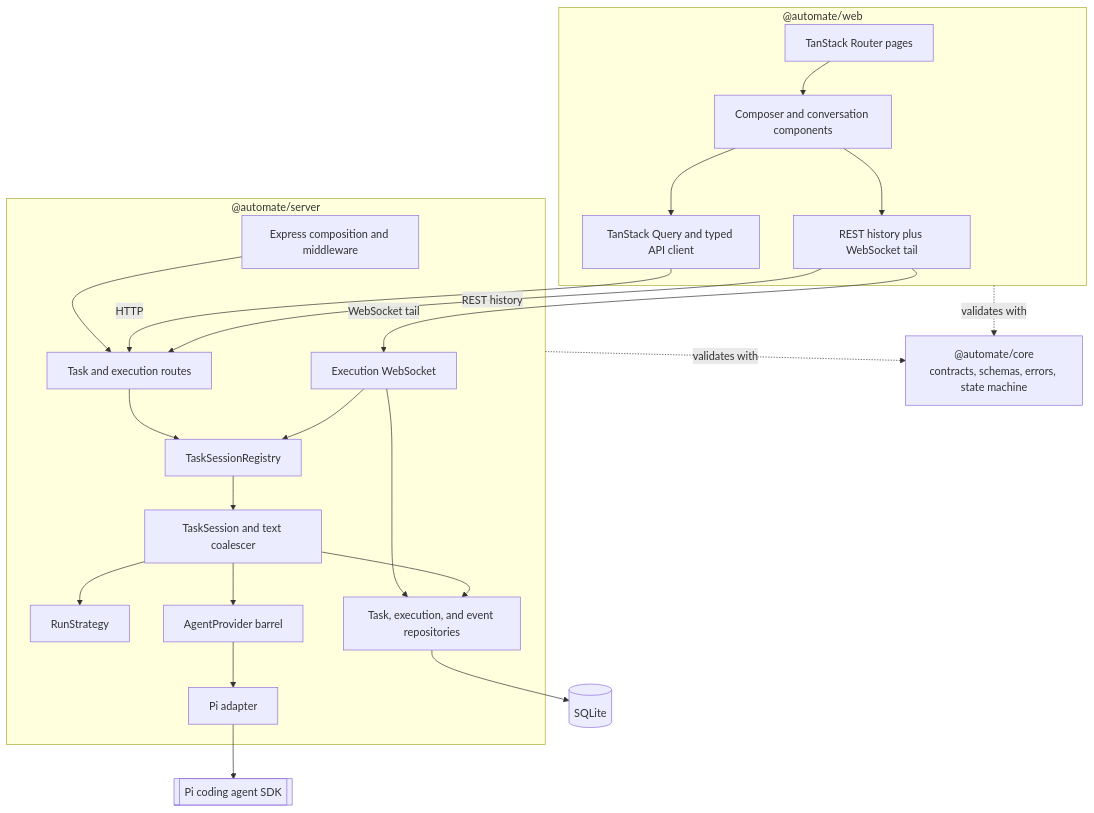
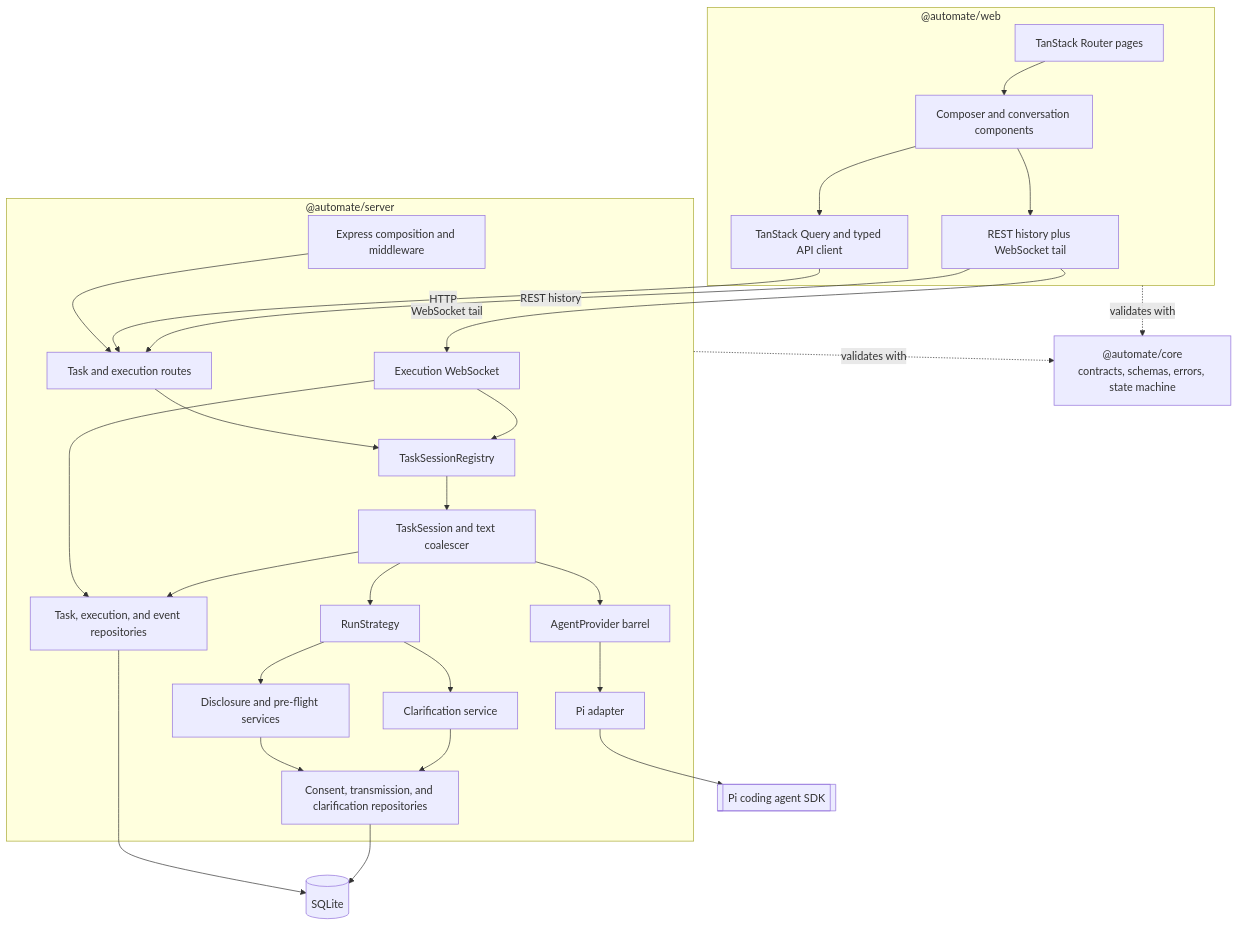
The second of 5 diagrams in docs/architecture.md (abranjith/auto-mate), drawn with Mermaid before and after one commit. The commit also changed other lines of this file and 164 other files, not shown here.

````diff
--- a/docs/architecture.md
+++ b/docs/architecture.md
@@ -39,46 +44,54 @@
 ```mermaid
 flowchart TB
   subgraph Web["@automate/web"]
     Routes[TanStack Router pages]
     Components[Composer and conversation components]
     Queries[TanStack Query and typed API client]
     Stream[REST history plus WebSocket tail]
     Routes --> Components
     Components --> Queries
     Components --> Stream
   end
 
   Core["@automate/core\ncontracts, schemas, errors, state machine"]
 
   subgraph Server["@automate/server"]
     App[Express composition and middleware]
     Rest[Task and execution routes]
     Socket[Execution WebSocket]
     Registry[TaskSessionRegistry]
     Session[TaskSession and text coalescer]
     Strategy[RunStrategy]
+    Disclosure[Disclosure and pre-flight services]
+    Clarification[Clarification service]
     Repos[Task, execution, and event repositories]
+    DisclosureRepos[Consent, transmission, and clarification repositories]
     Agent[AgentProvider barrel]
     Adapter[Pi adapter]
     App --> Rest
     Rest --> Registry
     Socket --> Registry
     Socket --> Repos
     Registry --> Session
     Session --> Strategy
+    Strategy --> Disclosure
+    Strategy --> Clarification
     Session --> Repos
     Session --> Agent
     Agent --> Adapter
   end
 
   Store[(SQLite)]
   Sdk[[Pi coding agent SDK]]
 
   Queries -->|HTTP| Rest
   Stream -->|REST history| Rest
   Stream -->|WebSocket tail| Socket
   Web -. validates with .-> Core
   Server -. validates with .-> Core
   Repos --> Store
+  Disclosure --> DisclosureRepos
+  Clarification --> DisclosureRepos
+  DisclosureRepos --> Store
   Adapter --> Sdk
 ```
````
